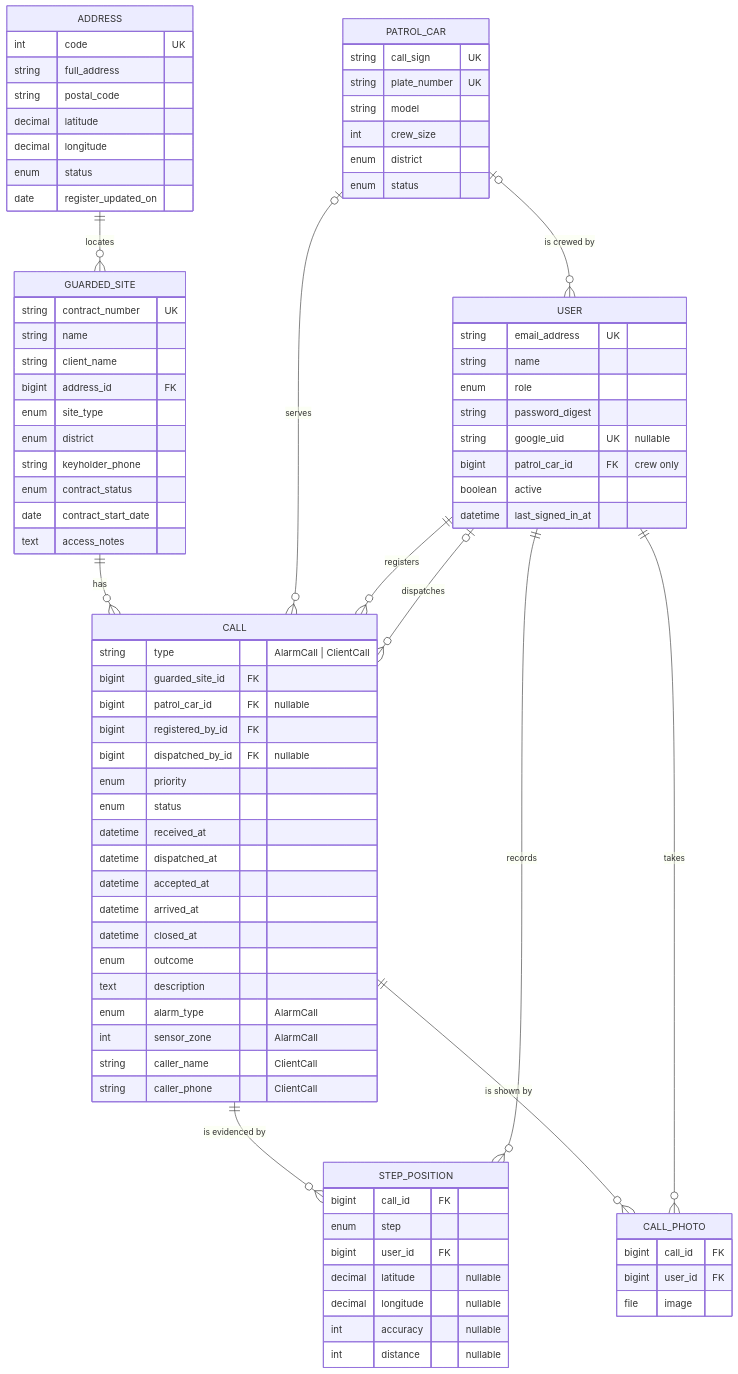
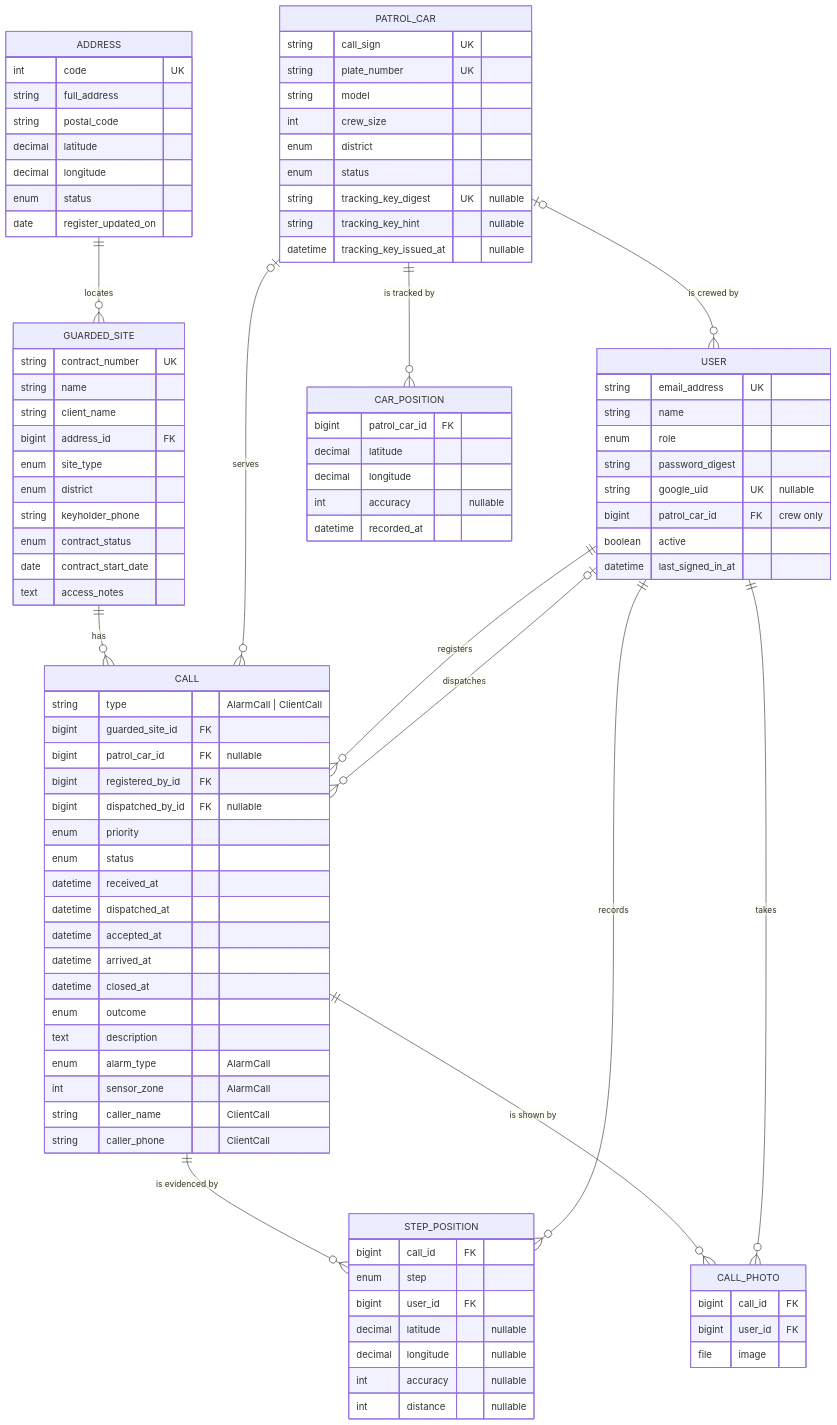
One commit to jromanovs/patrol-call-system changed the first of 2 diagrams in SPECIFICATION.md. Above: the diagram before and after it, drawn with Mermaid. The commit also changed other lines of this file, not shown here.

First line of the commit message:
docs(spec): car tracking with Traccar Client (TRK-01 … TRK-03, BR-20, API-11)

```diff
--- a/SPECIFICATION.md
+++ b/SPECIFICATION.md
@@ -209,6 +221,7 @@
     USER ||--o{ CALL : "registers"
     USER |o--o{ CALL : "dispatches"
     PATROL_CAR |o--o{ USER : "is crewed by"
+    PATROL_CAR ||--o{ CAR_POSITION : "is tracked by"
     CALL ||--o{ STEP_POSITION : "is evidenced by"
     USER ||--o{ STEP_POSITION : "records"
     CALL ||--o{ CALL_PHOTO : "is shown by"
@@ -241,6 +254,16 @@
         int crew_size
         enum district
         enum status
+        string tracking_key_digest UK "nullable"
+        string tracking_key_hint "nullable"
+        datetime tracking_key_issued_at "nullable"
+    }
+    CAR_POSITION {
+        bigint patrol_car_id FK
+        decimal latitude
+        decimal longitude
+        int accuracy "nullable"
+        datetime recorded_at
     }
     USER {
         string email_address UK
```
